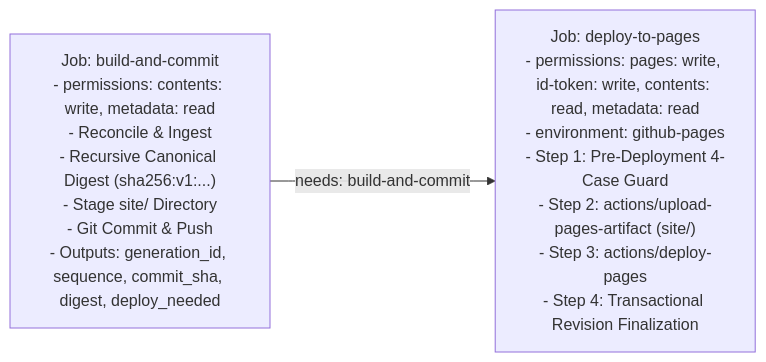
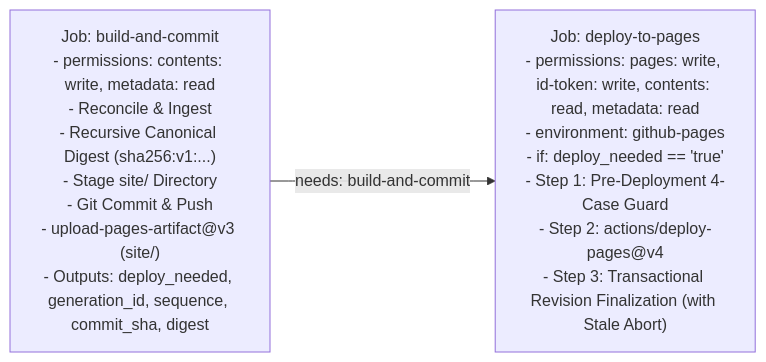
Before and after one commit to Rohitpvt/GitStore: the third of 3 diagrams in docs/ARCHITECTURE.md, drawn with Mermaid. The commit also changed other lines of this file and 13 other files, not shown here.

````diff
--- a/docs/ARCHITECTURE.md
+++ b/docs/ARCHITECTURE.md
@@ -309,4 +351,4 @@
 ```mermaid
 flowchart LR
-    Job1["Job: build-and-commit\n- permissions: contents: write, metadata: read\n- Reconcile & Ingest\n- Recursive Canonical Digest (sha256:v1:...)\n- Stage site/ Directory\n- Git Commit & Push\n- Outputs: generation_id, sequence, commit_sha, digest, deploy_needed"] -->|needs: build-and-commit| Job2["Job: deploy-to-pages\n- permissions: pages: write, id-token: write, contents: read, metadata: read\n- environment: github-pages\n- Step 1: Pre-Deployment 4-Case Guard\n- Step 2: actions/upload-pages-artifact (site/)\n- Step 3: actions/deploy-pages\n- Step 4: Transactional Revision Finalization"]
+    Job1["Job: build-and-commit\n- permissions: contents: write, metadata: read\n- Reconcile & Ingest\n- Recursive Canonical Digest (sha256:v1:...)\n- Stage site/ Directory\n- Git Commit & Push\n- upload-pages-artifact@v3 (site/)\n- Outputs: deploy_needed, generation_id, sequence, commit_sha, digest"] -->|needs: build-and-commit| Job2["Job: deploy-to-pages\n- permissions: pages: write, id-token: write, contents: read, metadata: read\n- environment: github-pages\n- if: deploy_needed == 'true'\n- Step 1: Pre-Deployment 4-Case Guard\n- Step 2: actions/deploy-pages@v4\n- Step 3: Transactional Revision Finalization (with Stale Abort)"]
 ```
````
